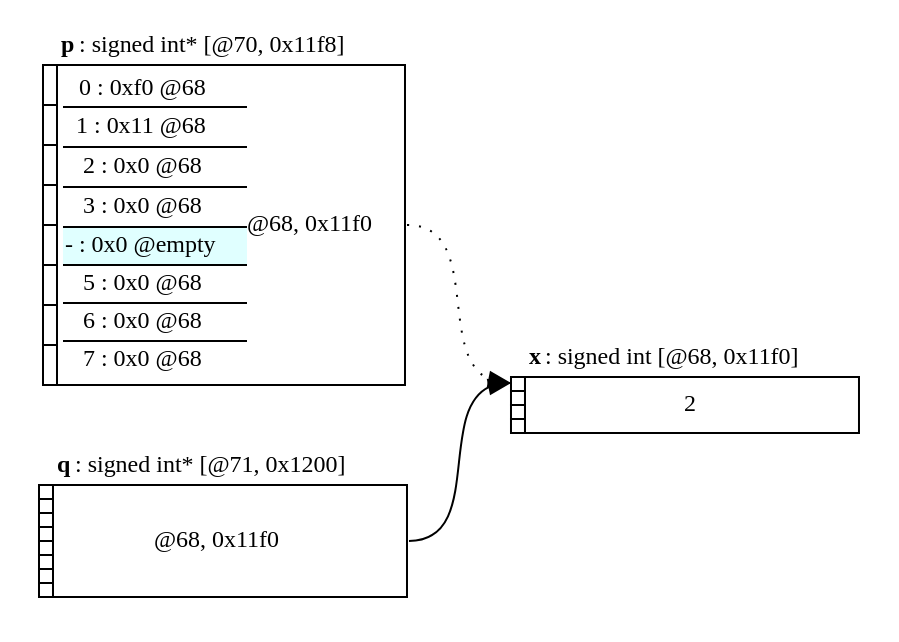
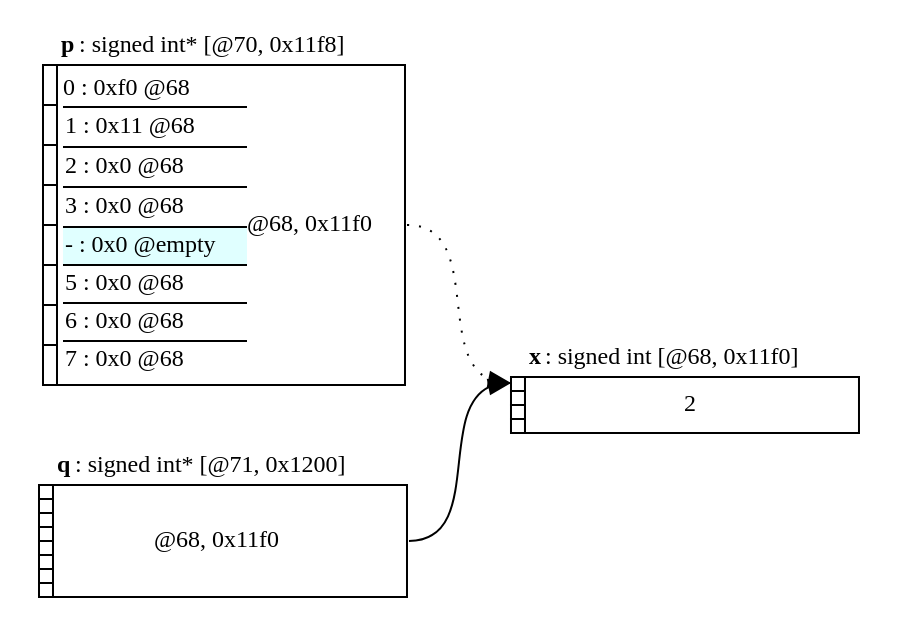
One commit to C-memory-object-model-study-group/c-mom-sg changed the diagram in notes/cmom-0003-2019-03-04-pnvi-address-exposed-examples/pointer_byte.dot. Above: the diagram before and after it, drawn with Graphviz. The commit also changed 5 other files, not shown here.

```diff
--- a/notes/cmom-0003-2019-03-04-pnvi-address-exposed-examples/pointer_byte.dot
+++ b/notes/cmom-0003-2019-03-04-pnvi-address-exposed-examples/pointer_byte.dot
@@ -1,75 +1,75 @@
 digraph Memory { node [shape=none, fontsize=12]; rankdir=LR;n68[label=<
         <table border="0" cellborder="1" cellspacing="0">
           <tr>
           <td height="7" width="7" fixedsize="true" border="0">&nbsp;</td>
           <td border="0" colspan="1"><b>x</b>: signed int&nbsp;[@68, 0x11f0]</td>
          </tr><tr><td width="7" height="7" fixedsize="true" port="0">
           <font point-size="1">&nbsp;</font>
          </td><td port="v" rowspan="4" colspan="1">2</td></tr><tr><td width="7" height="7" fixedsize="true" port="1">
           <font point-size="1">&nbsp;</font>
          </td></tr><tr><td width="7" height="7" fixedsize="true" port="2">
           <font point-size="1">&nbsp;</font>
          </td></tr><tr><td width="7" height="7" fixedsize="true" port="3">
           <font point-size="1">&nbsp;</font>
          </td></tr><tr border="0">
           <td border="0" width="7" height="7" fixedsize="true"
               port="4">
             <font point-size="1">&nbsp;</font>
           </td>
          </tr>
          </table>>, tooltip="allocation: 68"];n70[label=<
         <table border="0" cellborder="1" cellspacing="0">
           <tr>
           <td height="7" width="7" fixedsize="true" border="0">&nbsp;</td>
           <td border="0" colspan="1"><b>p</b>: signed int*&nbsp;[@70, 0x11f8]</td>
          </tr><tr><td width="7" height="20" fixedsize="true" port="0">
           <font point-size="1">&nbsp;</font>
-         </td><td port="v" rowspan="8" colspan="1" ><table cellpadding="0" cellspacing="0" border="0"><tr border="1"><td>0 : 0xf0 @68</td>
-                  <td rowspan="8">@68, 0x11f0</td></tr><tr><td border="1" sides="t">1 : 0x11 @68</td></tr><tr><td border="1" sides="t">2 : 0x0 @68</td></tr><tr><td border="1" sides="t">3 : 0x0 @68</td></tr><tr><td border="1" sides="t"  bgcolor="lightcyan">- : 0x0 @empty</td></tr><tr><td border="1" sides="t">5 : 0x0 @68</td></tr><tr><td border="1" sides="t">6 : 0x0 @68</td></tr><tr><td border="1" sides="t">7 : 0x0 @68</td></tr></table></td></tr><tr><td width="7" height="20" fixedsize="true" port="1">
+         </td><td port="v" rowspan="8" colspan="1" ><table cellpadding="0" cellspacing="0" border="0"><tr border="1"><td align="left">0 : 0xf0 @68</td>
+                  <td rowspan="8">@68, 0x11f0</td></tr><tr><td border="1" sides="t" align="left">1 : 0x11 @68</td></tr><tr><td border="1" sides="t" align="left">2 : 0x0 @68</td></tr><tr><td border="1" sides="t" align="left">3 : 0x0 @68</td></tr><tr><td border="1" sides="t"  bgcolor="lightcyan" align="left">- : 0x0 @empty</td></tr><tr><td border="1" sides="t" align="left">5 : 0x0 @68</td></tr><tr><td border="1" sides="t" align="left">6 : 0x0 @68</td></tr><tr><td border="1" sides="t" align="left">7 : 0x0 @68</td></tr></table></td></tr><tr><td width="7" height="20" fixedsize="true" port="1">
           <font point-size="1">&nbsp;</font>
          </td></tr><tr><td width="7" height="20" fixedsize="true" port="2">
           <font point-size="1">&nbsp;</font>
          </td></tr><tr><td width="7" height="20" fixedsize="true" port="3">
           <font point-size="1">&nbsp;</font>
          </td></tr><tr><td width="7" height="20" fixedsize="true" port="4">
           <font point-size="1">&nbsp;</font>
          </td></tr><tr><td width="7" height="20" fixedsize="true" port="5">
           <font point-size="1">&nbsp;</font>
          </td></tr><tr><td width="7" height="20" fixedsize="true" port="6">
           <font point-size="1">&nbsp;</font>
          </td></tr><tr><td width="7" height="20" fixedsize="true" port="7">
           <font point-size="1">&nbsp;</font>
          </td></tr><tr border="0">
           <td border="0" width="7" height="7" fixedsize="true"
               port="8">
             <font point-size="1">&nbsp;</font>
           </td>
          </tr>
          </table>>, tooltip="allocation: 70"];n71[label=<
         <table border="0" cellborder="1" cellspacing="0">
           <tr>
           <td height="7" width="7" fixedsize="true" border="0">&nbsp;</td>
           <td border="0" colspan="1"><b>q</b>: signed int*&nbsp;[@71, 0x1200]</td>
          </tr><tr><td width="7" height="7" fixedsize="true" port="0">
           <font point-size="1">&nbsp;</font>
          </td><td port="v" rowspan="8" colspan="1" >@68, 0x11f0</td></tr><tr><td width="7" height="7" fixedsize="true" port="1">
           <font point-size="1">&nbsp;</font>
          </td></tr><tr><td width="7" height="7" fixedsize="true" port="2">
           <font point-size="1">&nbsp;</font>
          </td></tr><tr><td width="7" height="7" fixedsize="true" port="3">
           <font point-size="1">&nbsp;</font>
          </td></tr><tr><td width="7" height="7" fixedsize="true" port="4">
           <font point-size="1">&nbsp;</font>
          </td></tr><tr><td width="7" height="7" fixedsize="true" port="5">
           <font point-size="1">&nbsp;</font>
          </td></tr><tr><td width="7" height="7" fixedsize="true" port="6">
           <font point-size="1">&nbsp;</font>
          </td></tr><tr><td width="7" height="7" fixedsize="true" port="7">
           <font point-size="1">&nbsp;</font>
          </td></tr><tr border="0">
           <td border="0" width="7" height="7" fixedsize="true"
               port="8">
             <font point-size="1">&nbsp;</font>
           </td>
          </tr>
          </table>>, tooltip="allocation: 71"];n70:v->n68:0[style="dotted",color="black"];n71:v->n68:0[style="solid",color="black"];}
```
